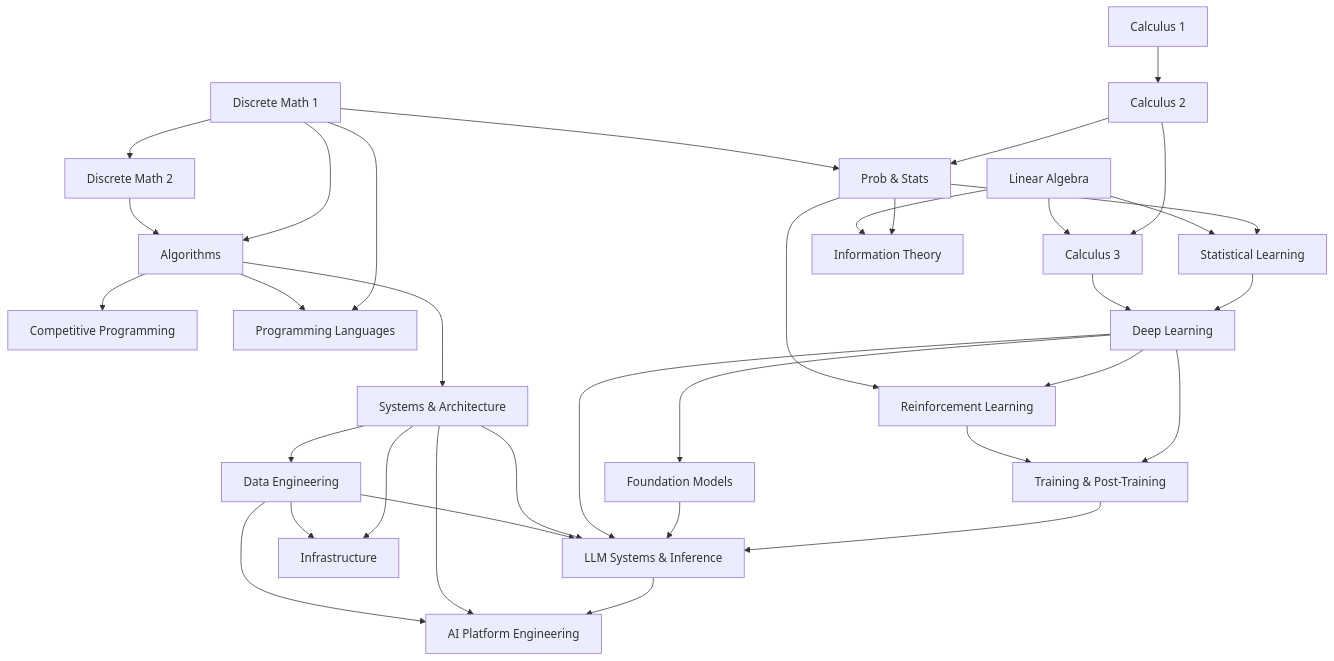
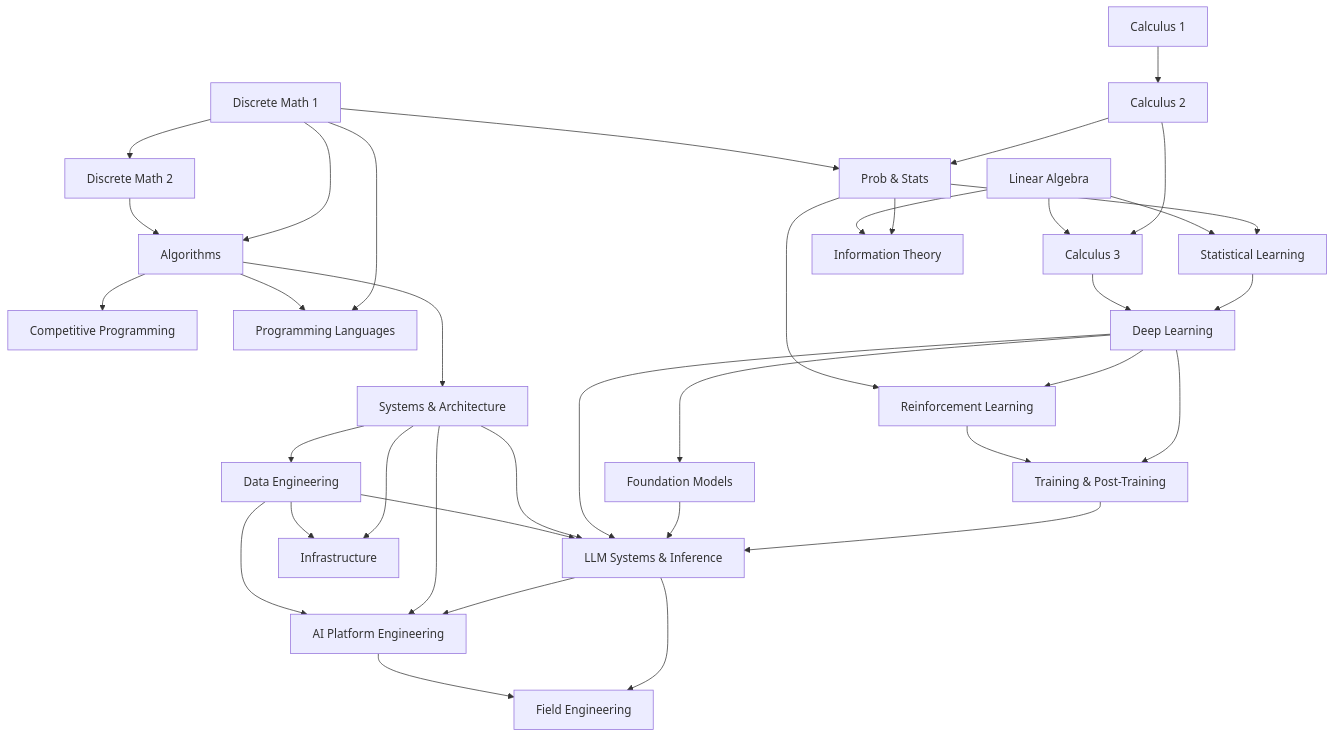
Before and after one commit to urmzd/supersource: the diagram in README.md, drawn with Mermaid. The commit also changed other lines of this file and 18 other files, not shown here.

````diff
--- a/README.md
+++ b/README.md
@@ -149,44 +150,46 @@
 ```mermaid
 graph TD
     C1[Calculus 1] --> C2[Calculus 2]
     C2 --> C3[Calculus 3]
     LA[Linear Algebra] --> C3
     D1[Discrete Math 1] --> D2[Discrete Math 2]
     C2 --> PS[Prob & Stats]
     D1 --> PS
 
     D1 --> ALG[Algorithms]
     D2 --> ALG
     ALG --> CP[Competitive Programming]
 
     D1 --> PL[Programming Languages]
     ALG --> PL
 
     PS --> SL[Statistical Learning]
     LA --> SL
     SL --> DL[Deep Learning]
     C3 --> DL
     DL --> RL[Reinforcement Learning]
     PS --> RL
     DL --> FM[Foundation Models]
     DL --> TPT[Training & Post-Training]
     RL --> TPT
     TPT --> LLM
 
     PS --> IT[Information Theory]
     LA --> IT
 
     ALG --> SYS[Systems & Architecture]
     SYS --> DE[Data Engineering]
     FM --> LLM[LLM Systems & Inference]
     DL --> LLM
     SYS --> LLM
     DE --> LLM
 
     SYS --> INFRA[Infrastructure]
     DE --> INFRA
 
     LLM --> AIP[AI Platform Engineering]
+    LLM --> FE[Field Engineering]
+    AIP --> FE
     SYS --> AIP
     DE --> AIP
 ```
````
